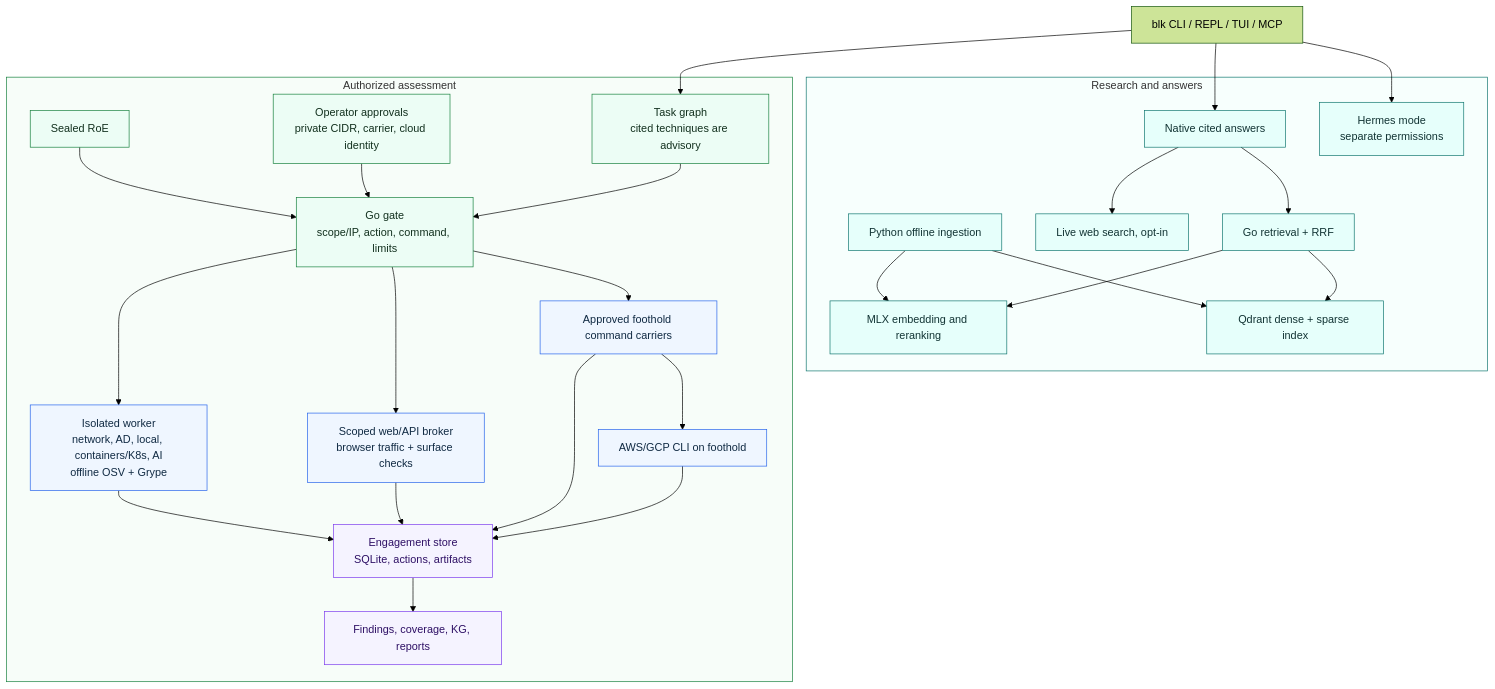
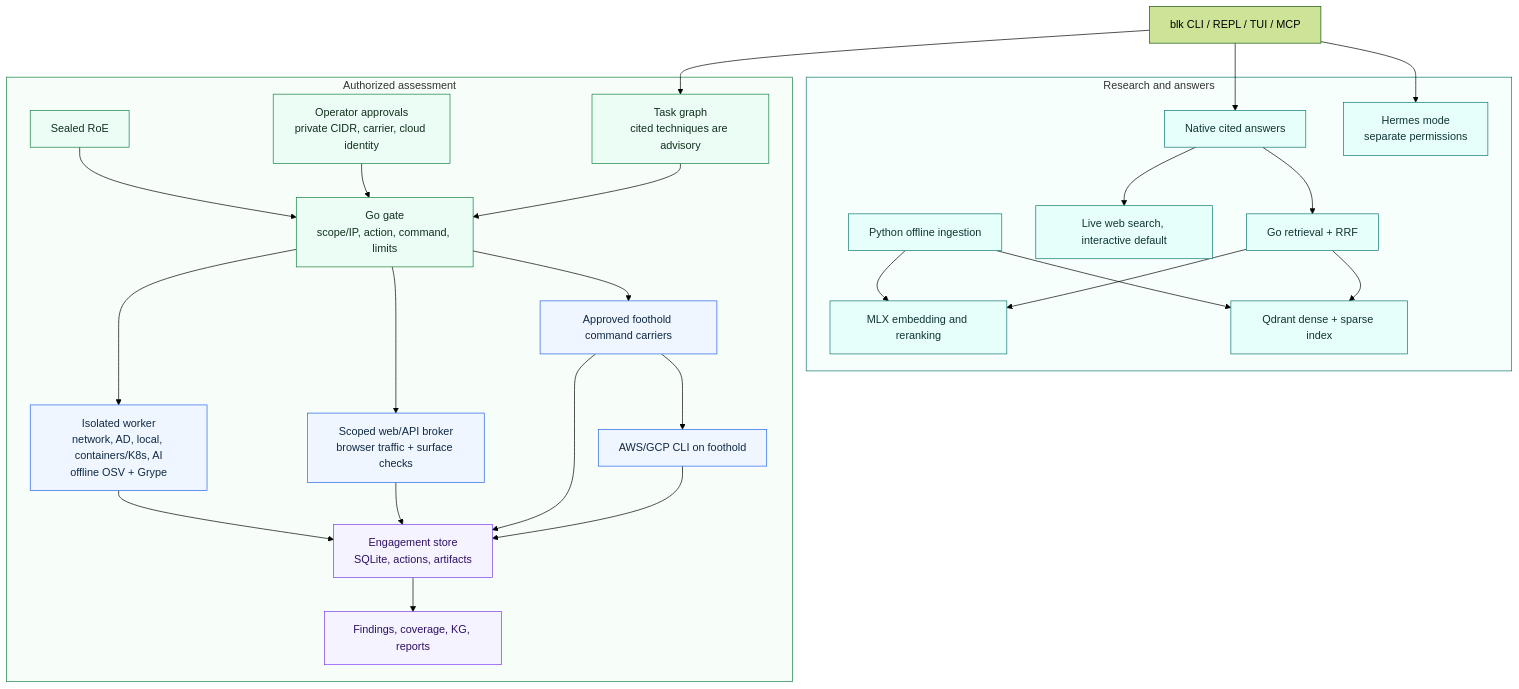
The diagram in docs/ARCHITECTURE.md (abelreqma/blkchain), drawn with Mermaid (forest theme) before and after one commit. The commit also changed other lines of this file and 24 other files, not shown here.

Commit message:
fix(research): use live web sources in interactive answers

````diff
--- a/docs/ARCHITECTURE.md
+++ b/docs/ARCHITECTURE.md
@@ -14,60 +17,60 @@
 ```mermaid
 flowchart TB
   Entry["blk CLI / REPL / TUI / MCP"]
 
   subgraph Research["Research and answers"]
     Index["Python offline ingestion"]
     MLX["MLX embedding and reranking"]
     Qdrant["Qdrant dense + sparse index"]
     Native["Native cited answers"]
-    Web["Live web search, opt-in"]
+    Web["Live web search, interactive default"]
     Retrieval["Go retrieval + RRF"]
     Hermes["Hermes mode<br/>separate permissions"]
   end
 
   subgraph Assessment["Authorized assessment"]
     Roe["Sealed RoE"]
     Approval["Operator approvals<br/>private CIDR, carrier, cloud identity"]
     Plan["Task graph<br/>cited techniques are advisory"]
     Gate["Go gate<br/>scope/IP, action, command, limits"]
     Worker["Isolated worker<br/>network, AD, local, containers/K8s, AI<br/>offline OSV + Grype"]
     Broker["Scoped web/API broker<br/>browser traffic + surface checks"]
     Pivot["Approved foothold command carriers"]
     Cloud["AWS/GCP CLI on foothold"]
     Store["Engagement store<br/>SQLite, actions, artifacts"]
     Review["Findings, coverage, KG, reports"]
   end
 
   Entry --> Native
   Entry --> Hermes
   Entry --> Plan
   Index --> MLX
   Index --> Qdrant
   Native --> Retrieval
   Native --> Web
   Retrieval --> MLX
   Retrieval --> Qdrant
   Roe --> Gate
   Approval --> Gate
   Plan --> Gate
   Gate --> Worker
   Gate --> Broker
   Gate --> Pivot
   Pivot --> Cloud
   Worker --> Store
   Broker --> Store
   Pivot --> Store
   Cloud --> Store
   Store --> Review
 
   style Research fill:#f7fffd,stroke:#0f766e,stroke-width:1px
   style Assessment fill:#f7fdf9,stroke:#15803d,stroke-width:1px
   classDef research fill:#e6fffb,stroke:#0f766e,color:#123434,font-size:16px
   classDef control fill:#ecfdf5,stroke:#15803d,color:#12301e,font-size:16px
   classDef execution fill:#eff6ff,stroke:#2563eb,color:#102a43,font-size:16px
   classDef evidence fill:#f5f3ff,stroke:#7c3aed,color:#2e1065,font-size:16px
   class Index,MLX,Qdrant,Native,Web,Retrieval,Hermes research
   class Roe,Approval,Plan,Gate control
   class Worker,Broker,Pivot,Cloud execution
   class Store,Review evidence
 ```
````
